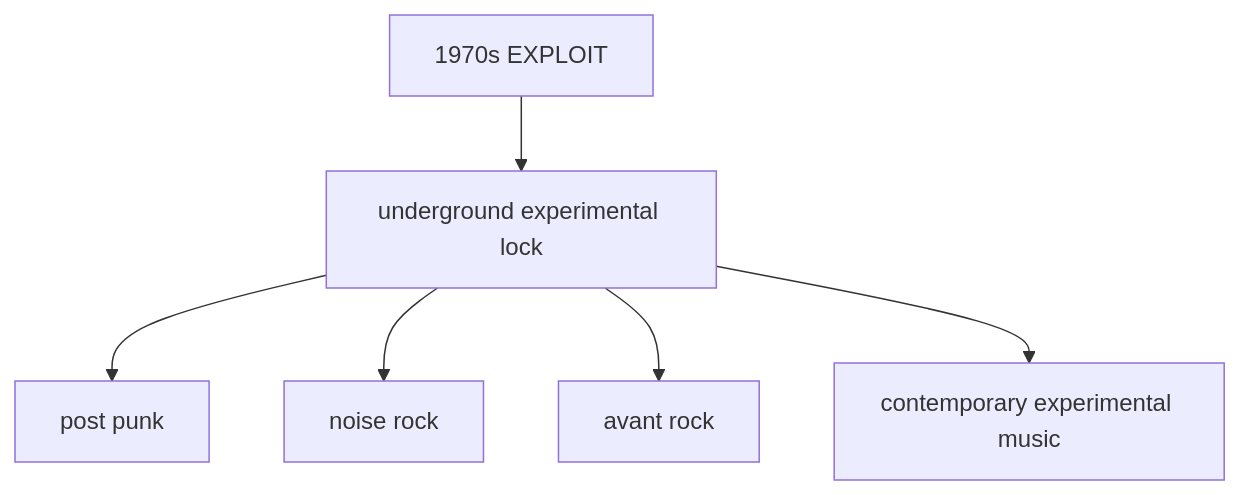
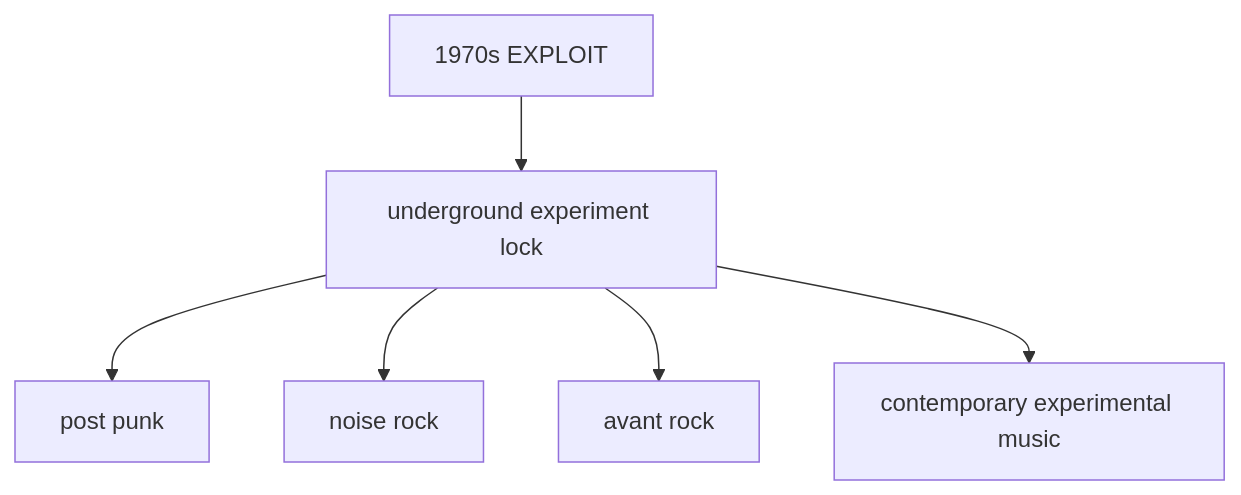
Before and after one commit to monumental-movement/monumental-movement.github.io: the sixth of 6 diagrams in en/_posts/2026-05-16-column-exploit.md, drawn with Mermaid. The commit also changed 445 other files, not shown here.

```diff
--- a/en/_posts/2026-05-16-column-exploit.md
+++ b/en/_posts/2026-05-16-column-exploit.md
@@ -334,8 +334,8 @@
 <div class="mermaid">
 graph TD
-A[1970s EXPLOIT] --> B[underground experimental lock]
+A[1970s EXPLOIT] --> B[underground experiment lock]
 B --> C[post punk]
 B --> D[noise rock]
 B --> E[avant rock]
 B --> F[contemporary experimental music]
 </div>
```
